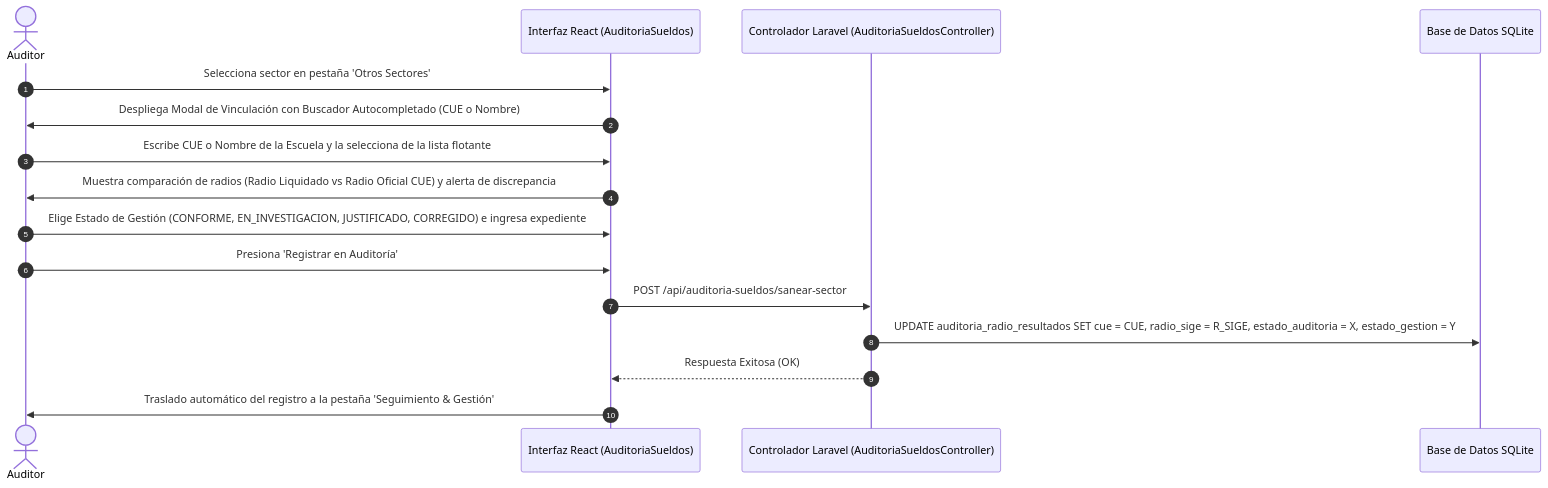
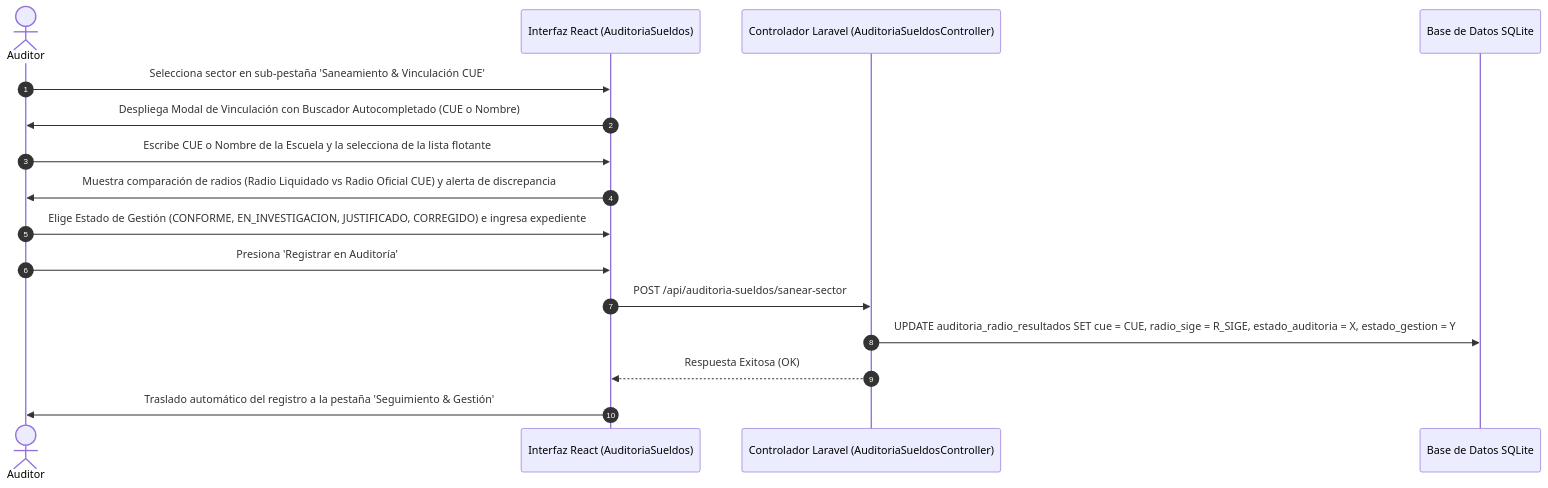
One commit to Noodle1981/edu-auditor changed the diagram in doc/saneamiento_sectores.md. Above: the diagram before and after it, drawn with Mermaid. The commit also changed other lines of this file and 13 other files, not shown here.

````diff
--- a/doc/saneamiento_sectores.md
+++ b/doc/saneamiento_sectores.md
@@ -27,19 +40,19 @@
 ```mermaid
 sequenceDiagram
     autonumber
     actor Auditor
     participant UI as Interfaz React (AuditoriaSueldos)
     participant API as Controlador Laravel (AuditoriaSueldosController)
     participant DB as Base de Datos SQLite
 
-    Auditor->>UI: Selecciona sector en pestaña 'Otros Sectores'
+    Auditor->>UI: Selecciona sector en sub-pestaña 'Saneamiento & Vinculación CUE'
     UI->>Auditor: Despliega Modal de Vinculación con Buscador Autocompletado (CUE o Nombre)
     Auditor->>UI: Escribe CUE o Nombre de la Escuela y la selecciona de la lista flotante
     UI->>Auditor: Muestra comparación de radios (Radio Liquidado vs Radio Oficial CUE) y alerta de discrepancia
     Auditor->>UI: Elige Estado de Gestión (CONFORME, EN_INVESTIGACION, JUSTIFICADO, CORREGIDO) e ingresa expediente
     Auditor->>UI: Presiona 'Registrar en Auditoría'
     UI->>API: POST /api/auditoria-sueldos/sanear-sector
     API->>DB: UPDATE auditoria_radio_resultados SET cue = CUE, radio_sige = R_SIGE, estado_auditoria = X, estado_gestion = Y
     API-->>UI: Respuesta Exitosa (OK)
     UI->>Auditor: Traslado automático del registro a la pestaña 'Seguimiento & Gestión'
 ```
````
